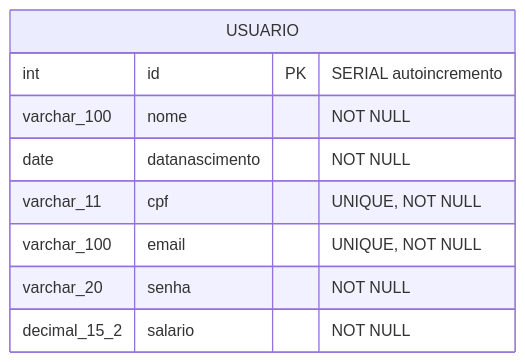
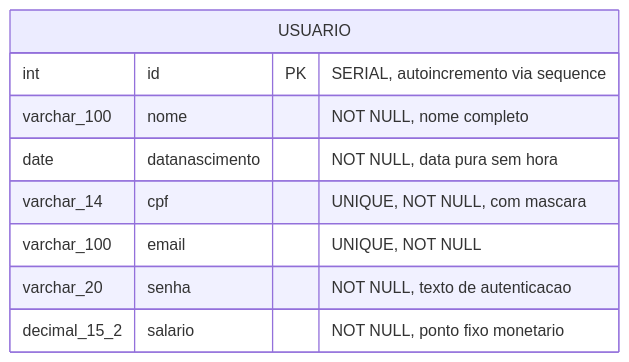
The eighth of 18 diagrams in 3º Semestre/[Prof. Jefferson Passerini] Laboratório de Programação III/Resumos-IA/Simulados-Comentados.md (murilolol/unifef), drawn with Mermaid before and after one commit. The commit also changed other lines of this file and 25 other files, not shown here.

````diff
--- a/3º Semestre/[Prof. Jefferson Passerini] Laboratório de Programação III/Resumos-IA/Simulados-Comentados.md
+++ b/3º Semestre/[Prof. Jefferson Passerini] Laboratório de Programação III/Resumos-IA/Simulados-Comentados.md
@@ -586,12 +357,12 @@
 ```mermaid
 erDiagram
-  USUARIO {
-    int id PK "SERIAL autoincremento"
-    varchar_100 nome "NOT NULL"
-    date datanascimento "NOT NULL"
-    varchar_11 cpf "UNIQUE, NOT NULL"
-    varchar_100 email "UNIQUE, NOT NULL"
-    varchar_20 senha "NOT NULL"
-    decimal_15_2 salario "NOT NULL"
-  }
+    USUARIO {
+        int id PK "SERIAL, autoincremento via sequence"
+        varchar_100 nome "NOT NULL, nome completo"
+        date datanascimento "NOT NULL, data pura sem hora"
+        varchar_14 cpf "UNIQUE, NOT NULL, com mascara"
+        varchar_100 email "UNIQUE, NOT NULL"
+        varchar_20 senha "NOT NULL, texto de autenticacao"
+        decimal_15_2 salario "NOT NULL, ponto fixo monetario"
+    }
 ```
````
